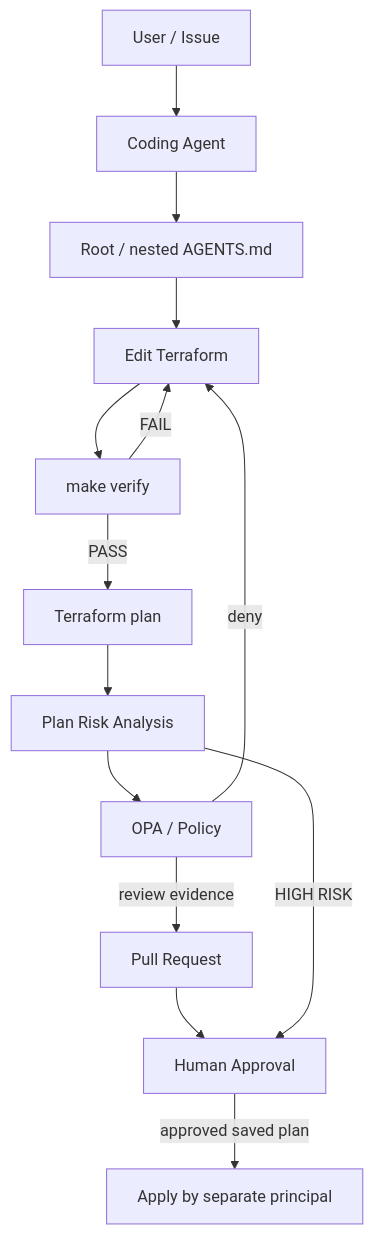
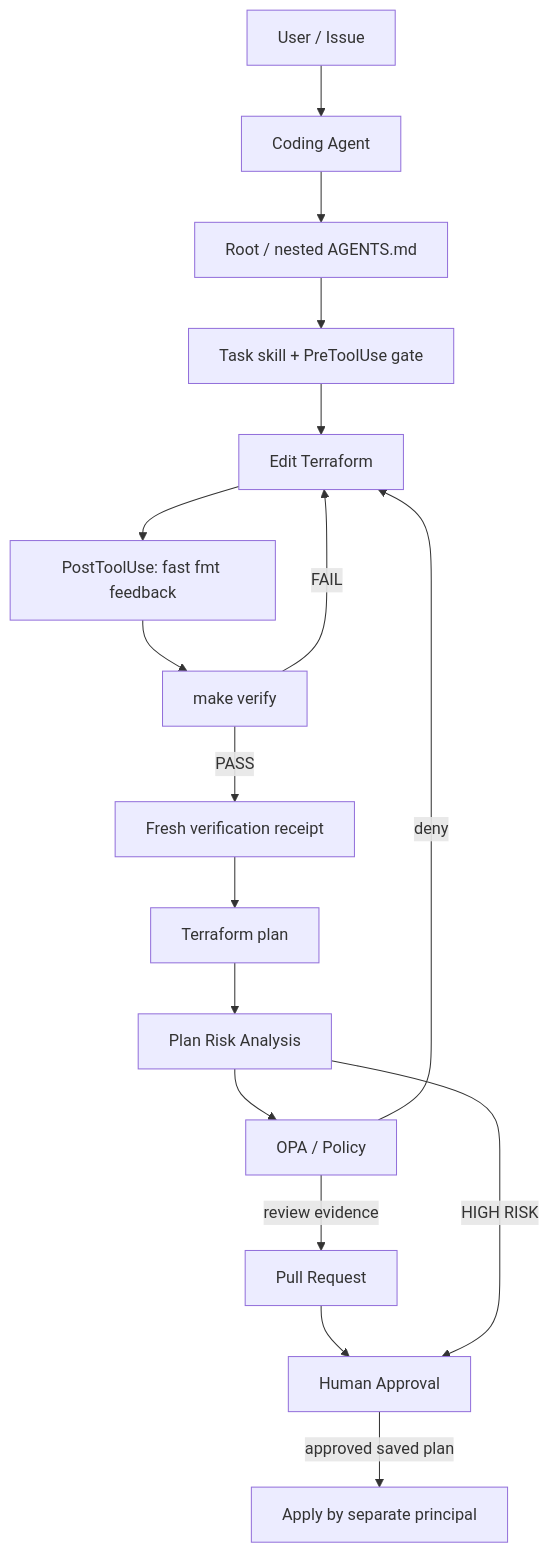
Before and after one commit to mafron/agentic-iac-template: the first of 2 diagrams in README.md, drawn with Mermaid. The commit also changed other lines of this file and 16 other files, not shown here.

Commit message:
Add deterministic hooks and portable Terraform task skills

````diff
--- a/README.md
+++ b/README.md
@@ -53,16 +56,19 @@
 ```mermaid
 flowchart TD
   U["User / Issue"] --> A["Coding Agent"]
   A --> I["Root / nested AGENTS.md"]
-  I --> E["Edit Terraform"]
-  E --> V["make verify"]
+  I --> S["Task skill + PreToolUse gate"]
+  S --> E["Edit Terraform"]
+  E --> F["PostToolUse: fast fmt feedback"]
+  F --> V["make verify"]
   V -->|FAIL| E
-  V -->|PASS| P["Terraform plan"]
+  V -->|PASS| G["Fresh verification receipt"]
+  G --> P["Terraform plan"]
   P --> R["Plan Risk Analysis"]
   R --> O["OPA / Policy"]
   O -->|deny| E
   O -->|review evidence| PR["Pull Request"]
   PR --> H["Human Approval"]
   H -->|approved saved plan| AP["Apply by separate principal"]
   R -->|HIGH RISK| H
 ```
````
